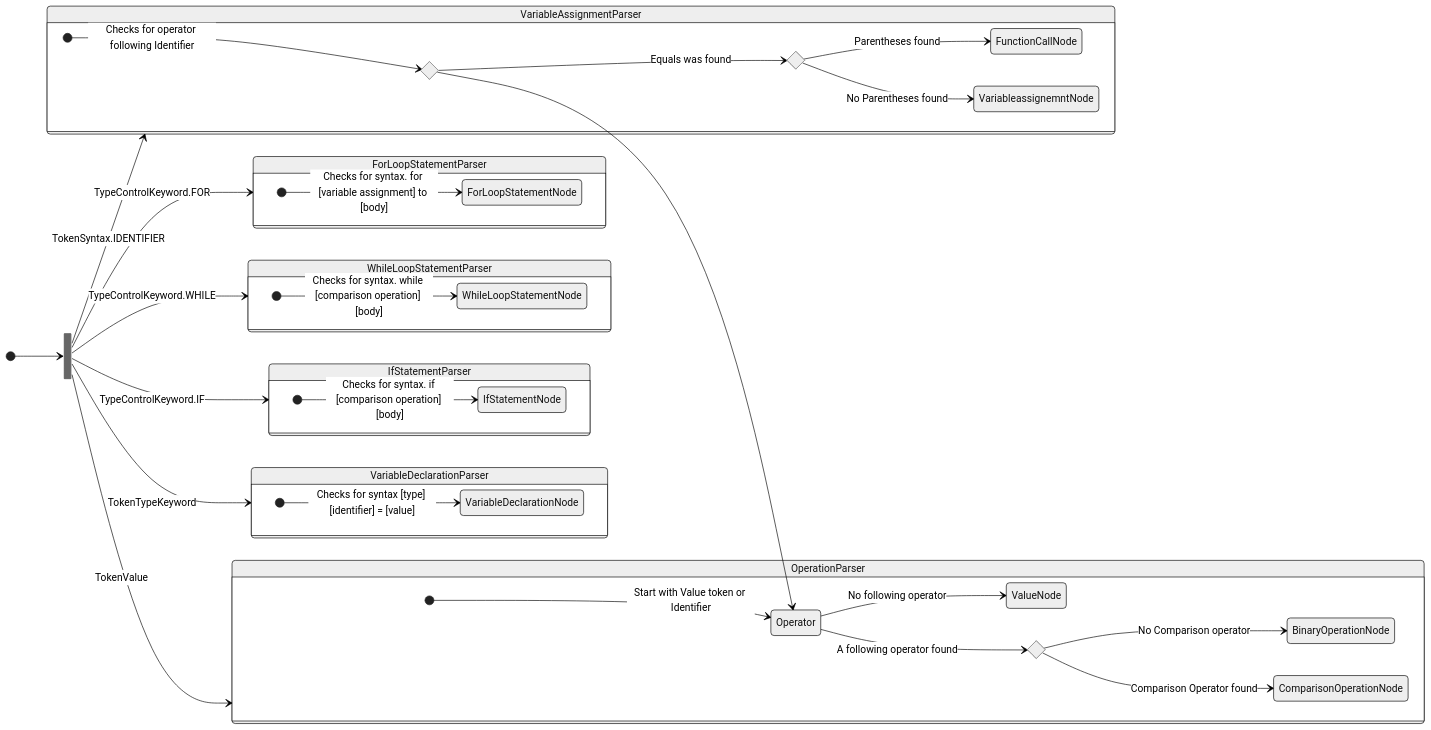
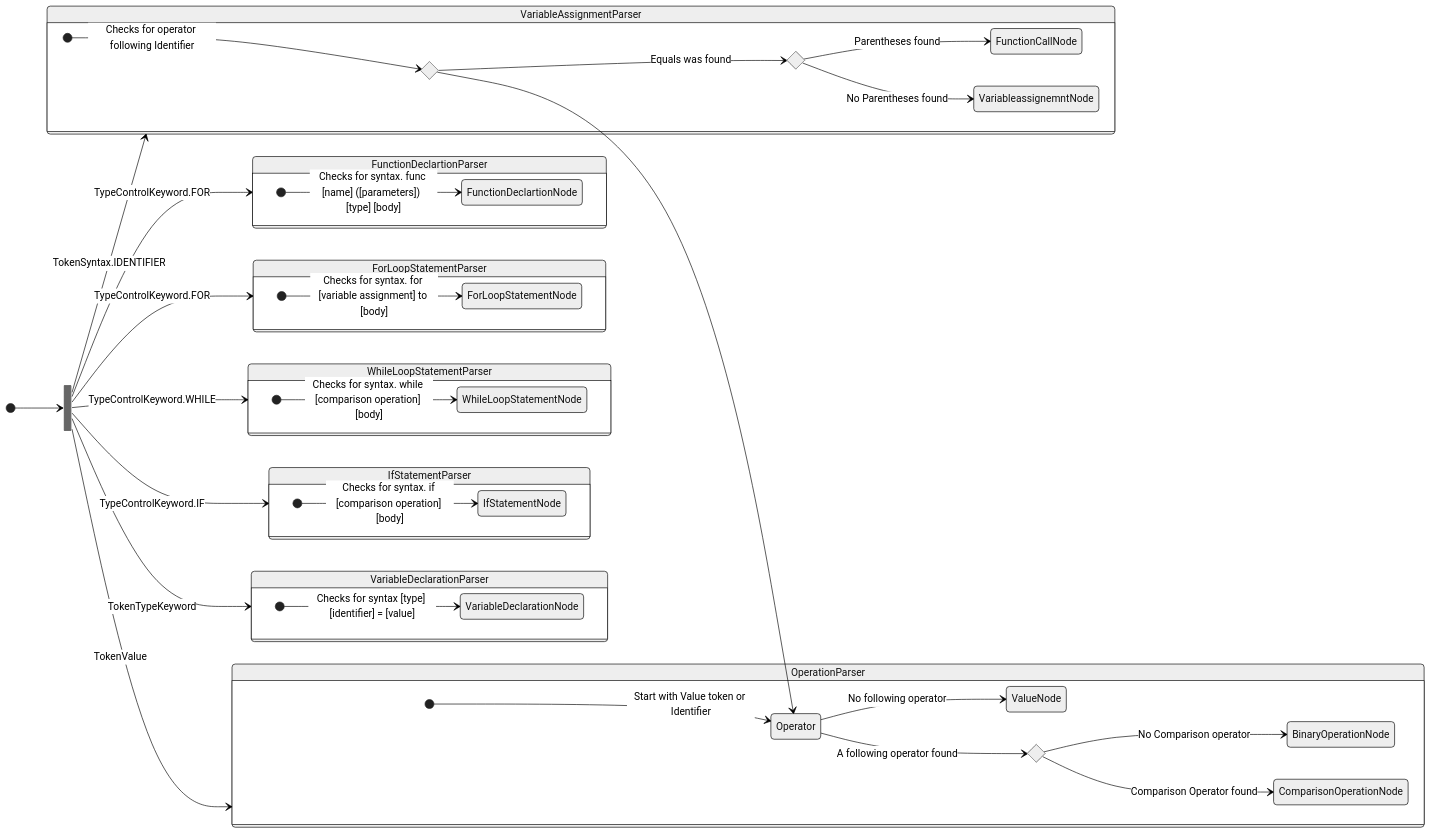
Before and after one commit to piratelang/pirate: the diagram in PirateParser/Parsers/Flowchart.md, drawn with Mermaid (neutral theme). The commit also changed 8 other files, not shown here.

````diff
--- a/PirateParser/Parsers/Flowchart.md
+++ b/PirateParser/Parsers/Flowchart.md
@@ -2,56 +2,62 @@
 ```mermaid
 stateDiagram-v2
     direction LR
     state Fork <<fork>>
     [*] --> Fork
+
+    Fork --> FunctionDeclartionParser : TypeControlKeyword.FOR
+    state FunctionDeclartionParser {
+        direction LR
+        [*] --> FunctionDeclartionNode : Checks for syntax. func [name] ([parameters])  [type] [body]
+    }
 
     Fork --> ForLoopStatementParser : TypeControlKeyword.FOR
     state ForLoopStatementParser {
         direction LR
         [*] --> ForLoopStatementNode : Checks for syntax. for [variable assignment] to [body]
     }
 
     Fork --> WhileLoopStatementParser : TypeControlKeyword.WHILE
     state WhileLoopStatementParser {
         direction LR
         [*] --> WhileLoopStatementNode : Checks for syntax. while [comparison operation] [body]
     }
 
     Fork --> IfStatementParser : TypeControlKeyword.IF
     state IfStatementParser {
         direction LR
         [*] --> IfStatementNode : Checks for syntax. if [comparison operation] [body]
     }
 
     Fork --> VariableDeclarationParser : TokenTypeKeyword
     state VariableDeclarationParser {
         direction LR
         [*] --> VariableDeclarationNode : Checks for syntax [type] [identifier] = [value]
     }
 
     Fork--> VariableAssignmentParser : TokenSyntax.IDENTIFIER
     state VariableAssignmentParser {
         direction LR
         state EqualsOperator <<choice>>
         [*] --> EqualsOperator : Checks for operator following Identifier
         state LeftParantheses <<choice>>
         EqualsOperator --> LeftParantheses: Equals was found
         LeftParantheses --> FunctionCallNode : Parentheses found
         LeftParantheses --> VariableassignemntNode : No Parentheses found
 
     }
     EqualsOperator --> Operator
     
     Fork --> OperationParser : TokenValue
     state OperationParser{
         direction LR
         state Operator <<choice>>
         [*] --> Operator : Start with Value token or Identifier
         Operator --> ValueNode : No following operator
 
         state DoubleOperator <<choice>>
         Operator --> DoubleOperator : A following operator found
         DoubleOperator --> BinaryOperationNode : No Comparison operator
         DoubleOperator --> ComparisonOperationNode : Comparison Operator found
     }
 ```
````
